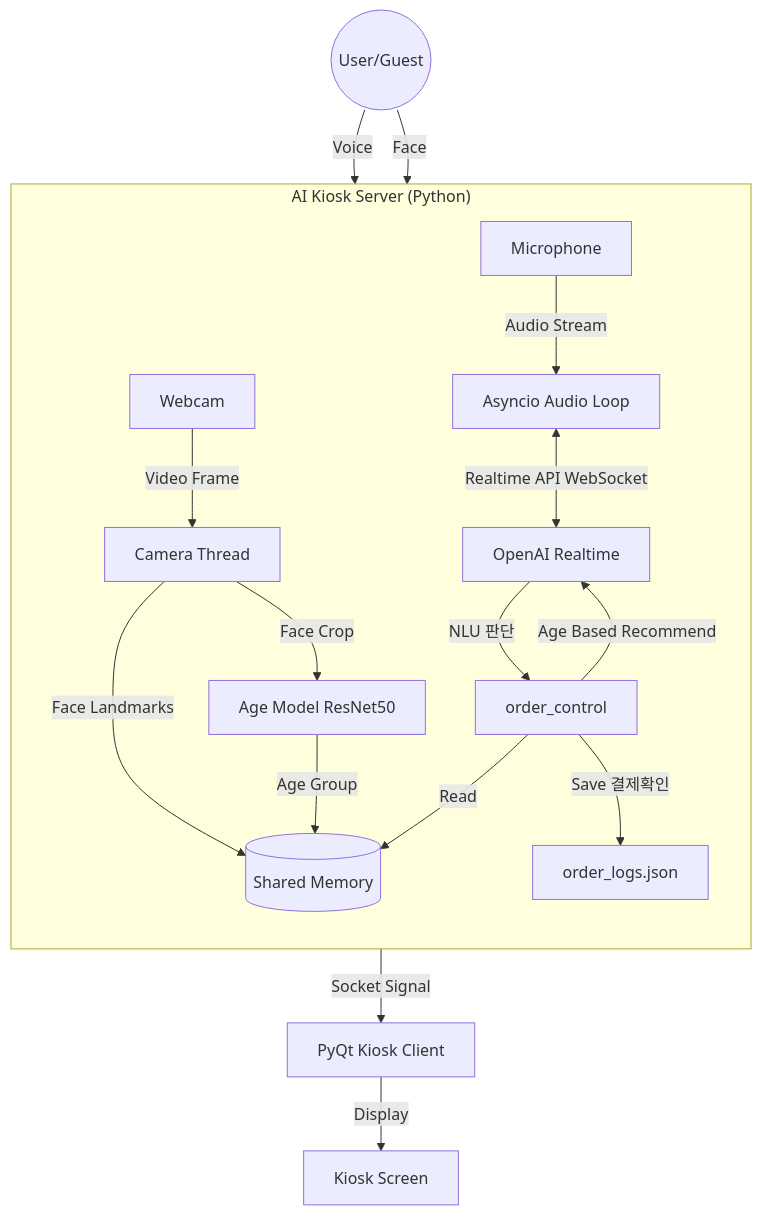
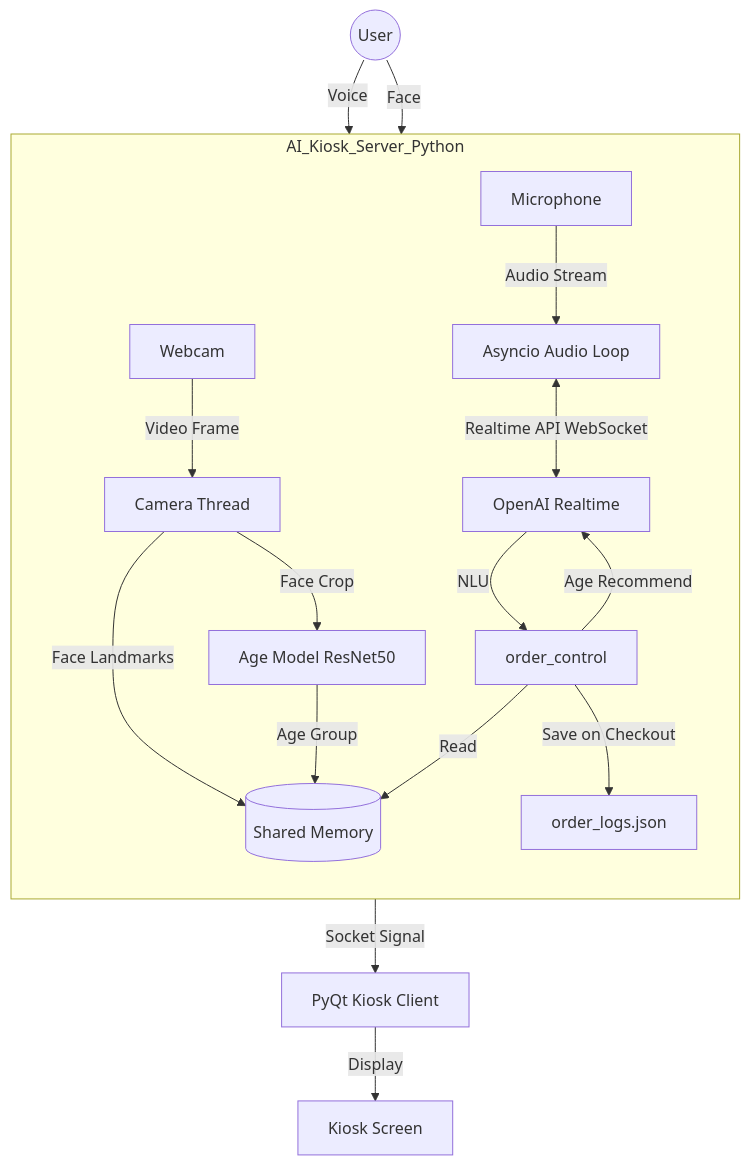
Before and after one commit to dltmdwn0147/AI-Kiosk: the diagram in README.md, drawn with Mermaid. The commit also changed other lines of this file, not shown here.

````diff
--- a/README.md
+++ b/README.md
@@ -45,24 +55,24 @@
 ```mermaid
 graph TD
-    User((User/Guest)) -->|Voice| Mic[Microphone]
+    User((User)) -->|Voice| Mic[Microphone]
     User -->|Face| Cam[Webcam]
-    
-    subgraph "AI Kiosk Server (Python)"
+
+    subgraph AI_Kiosk_Server_Python
         direction TB
         Mic -->|Audio Stream| AsyncLoop[Asyncio Audio Loop]
         AsyncLoop <-->|Realtime API WebSocket| OpenAI[OpenAI Realtime]
-        
+
         Cam -->|Video Frame| CVThread[Camera Thread]
         CVThread -->|Face Landmarks| GlobalData[(Shared Memory)]
         CVThread -->|Face Crop| AgeModel[Age Model ResNet50]
         AgeModel -->|Age Group| GlobalData
-        
-        OpenAI -->|NLU 판단| OrderFunc[order_control]
+
+        OpenAI -->|NLU| OrderFunc[order_control]
         OrderFunc -->|Read| GlobalData
-        OrderFunc -->|Age Based Recommend| OpenAI
-        OrderFunc -->|Save 결제확인| LogFile[order_logs.json]
+        OrderFunc -->|Age Recommend| OpenAI
+        OrderFunc -->|Save on Checkout| LogFile[order_logs.json]
     end
-    
+
     OrderFunc -->|Socket Signal| KioskClient[PyQt Kiosk Client]
     KioskClient -->|Display| Screen[Kiosk Screen]
 ```
````
